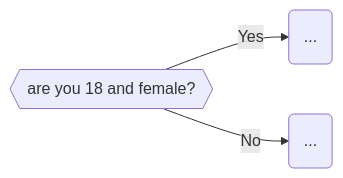
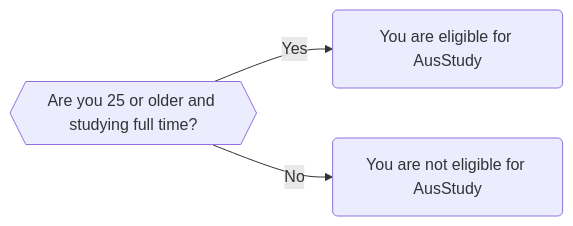
Before and after one commit to FlindersLaw/textbook: the diagram in textbook-source/docs/textbook/chapter_04/00-60-ch3b-test_many_things_at_once.mdx, drawn with Mermaid. The commit also changed other lines of this file and 2 other files, not shown here.

````diff
--- a/textbook-source/docs/textbook/chapter_04/00-60-ch3b-test_many_things_at_once.mdx
+++ b/textbook-source/docs/textbook/chapter_04/00-60-ch3b-test_many_things_at_once.mdx
@@ -7,6 +11,6 @@
 ```mermaid
 flowchart LR;
-    id1{{are you 18 and female?}}
-    id1 -- Yes --> id2(...)
-    id1 -- No --> id3(...)
+    id1{{Are you 25 or older and studying full time?}}
+    id1 -- Yes --> id2(You are eligible for AusStudy)
+    id1 -- No --> id3(You are not eligible for AusStudy)
 ```
````
